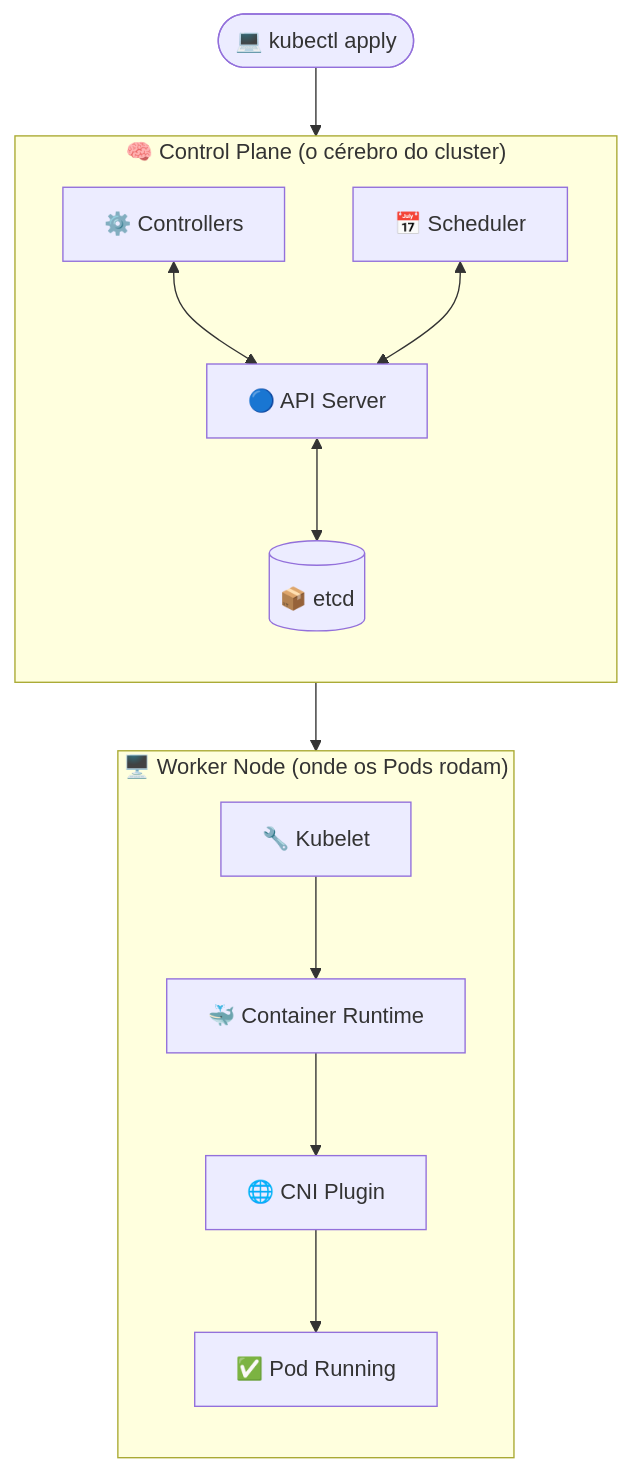
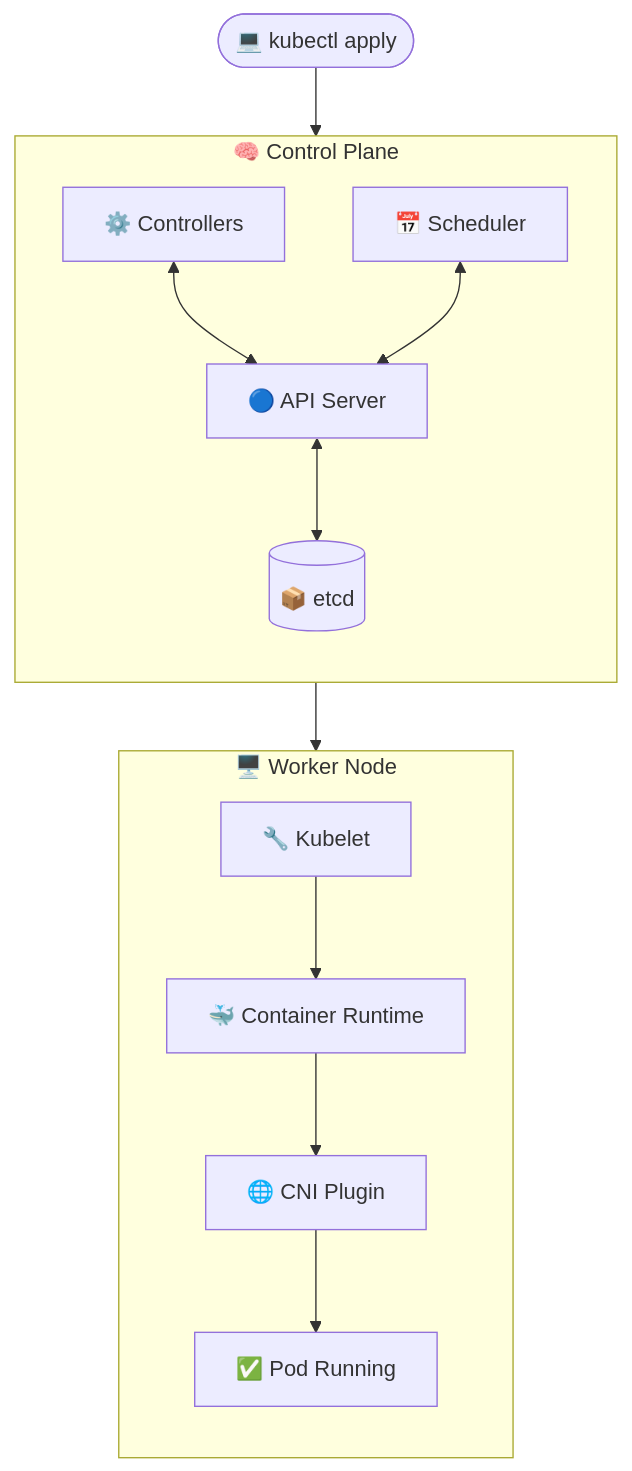
Before and after one commit to weynne/cesar-school-pos-devops-k8s-labs: the first of 11 diagrams in README.md, drawn with Mermaid. The commit also changed other lines of this file, not shown here.

Commit message:
docs: restructure README and add reference shared cluster setup

````diff
--- a/README.md
+++ b/README.md
@@ -13,27 +36,27 @@
 ```mermaid
 flowchart TD
     User(["💻 kubectl apply"])
 
-    subgraph CP["🧠 Control Plane (o cérebro do cluster)"]
+    subgraph CP["🧠 Control Plane"]
         direction TB
         API["🔵 API Server"]
         etcd[("📦 etcd")]
         Ctrl["⚙️ Controllers"]
         Sched["📅 Scheduler"]
     end
 
-    subgraph WN["🖥️ Worker Node (onde os Pods rodam)"]
+    subgraph WN["🖥️ Worker Node"]
         direction TB
         Kubelet["🔧 Kubelet"]
         CR["🐳 Container Runtime"]
         CNI["🌐 CNI Plugin"]
         Pod["✅ Pod Running"]
     end
 
     User --> API
     API <--> etcd
     Ctrl <--> API
     Sched <--> API
     API --> Kubelet
     Kubelet --> CR --> CNI --> Pod
 ```
````
